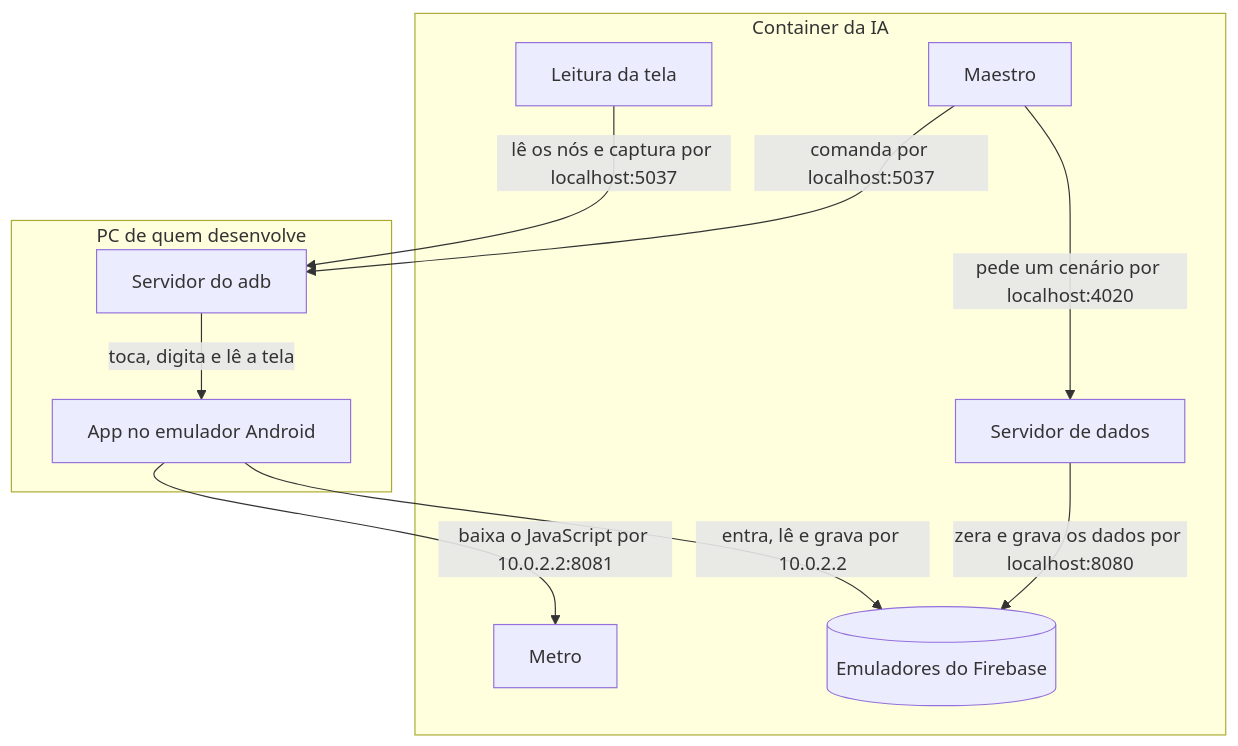
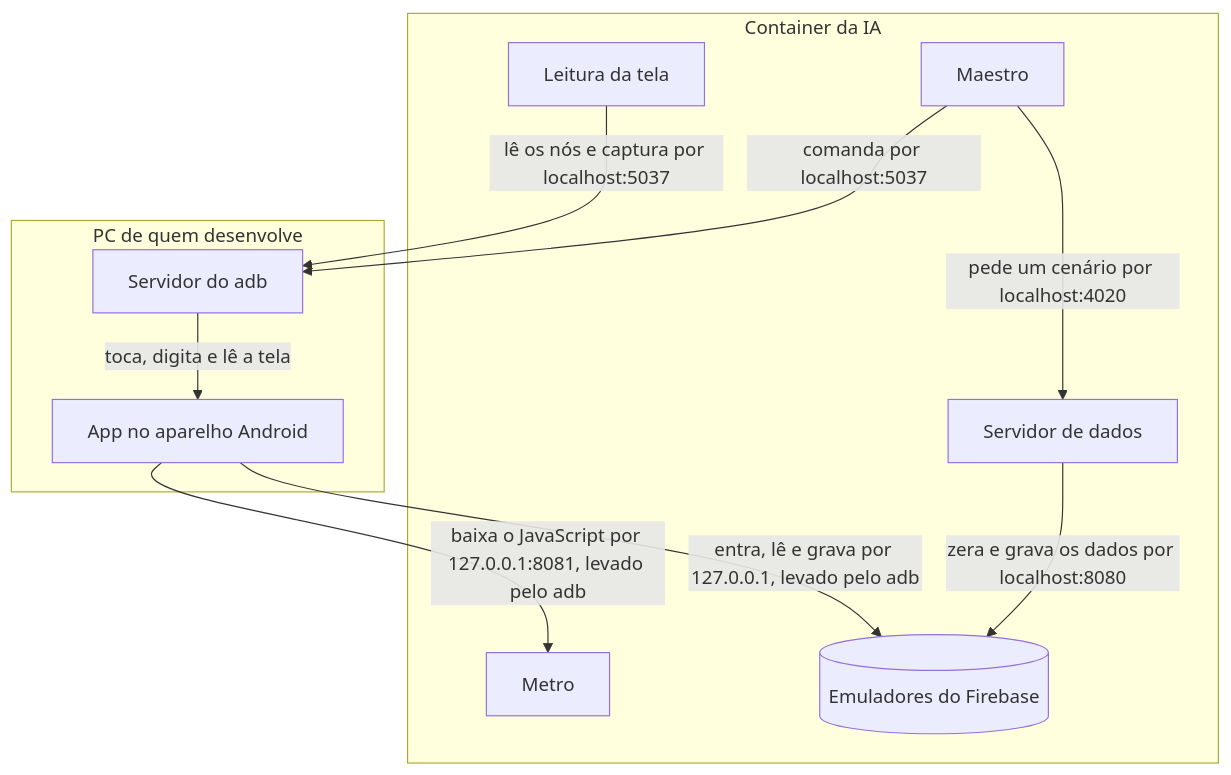
The first of 2 diagrams in docs/05-arquitetura/02-jornadas-de-teste.md (6aleatorio6/livro-caixa), drawn with Mermaid before and after one commit. The commit also changed other lines of this file and 10 other files, not shown here.

First line of the commit message:
feat: as jornadas rodam em qualquer Android, pelo adb reverse

````diff
--- a/docs/05-arquitetura/02-jornadas-de-teste.md
+++ b/docs/05-arquitetura/02-jornadas-de-teste.md
@@ -15,22 +15,22 @@
 ```mermaid
 flowchart TD
   accTitle: Onde rodam as peças das jornadas
   subgraph container["Container da IA"]
     maestro["Maestro"]
     data["Servidor de dados"]
     inspect["Leitura da tela"]
     metro["Metro"]
     firebase[("Emuladores do Firebase")]
   end
   subgraph pc["PC de quem desenvolve"]
     adb["Servidor do adb"]
-    app["App no emulador Android"]
+    app["App no aparelho Android"]
   end
   maestro -->|"comanda por localhost:5037"| adb
   inspect -->|"lê os nós e captura por localhost:5037"| adb
   adb -->|"toca, digita e lê a tela"| app
   maestro -->|"pede um cenário por localhost:4020"| data
   data -->|"zera e grava os dados por localhost:8080"| firebase
-  app -->|"baixa o JavaScript por 10.0.2.2:8081"| metro
-  app -->|"entra, lê e grava por 10.0.2.2"| firebase
+  app -->|"baixa o JavaScript por 127.0.0.1:8081, levado pelo adb"| metro
+  app -->|"entra, lê e grava por 127.0.0.1, levado pelo adb"| firebase
 ```
````
